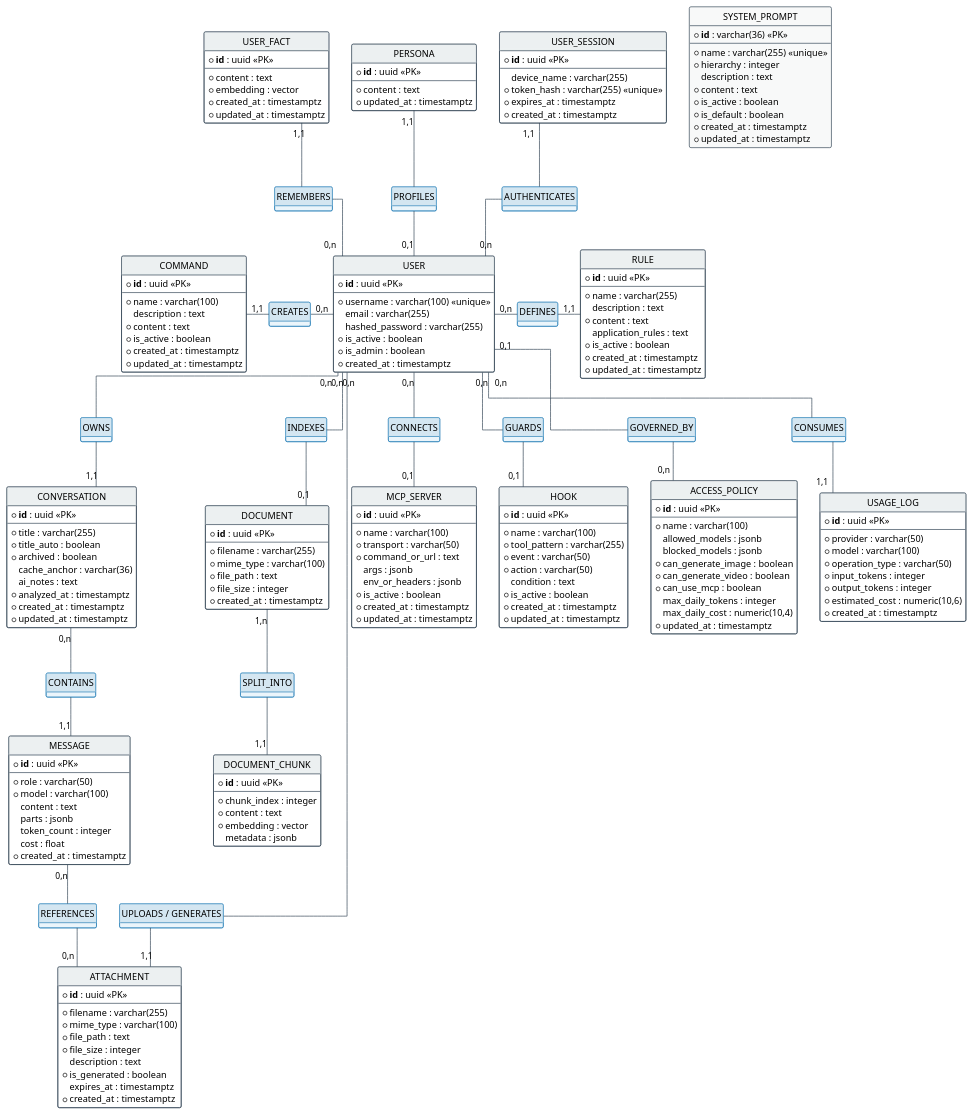
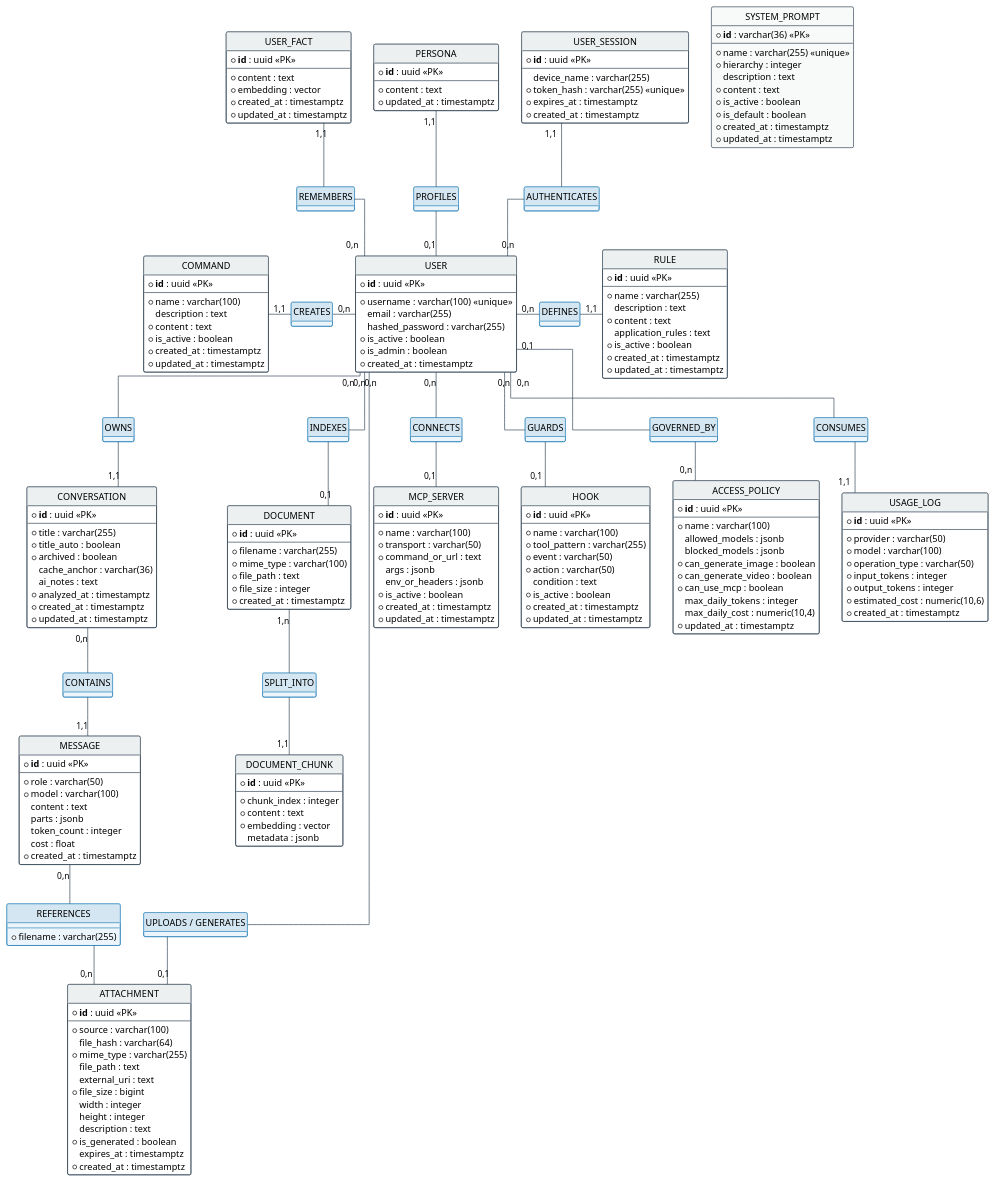
The third of 3 diagrams in README.md (Ph4nt0m1882/Ratatosk), drawn with PlantUML before and after one commit. The commit also changed 57 other files, not shown here.

```diff
--- a/README.md
+++ b/README.md
@@ -229,10 +229,14 @@
 entity "ATTACHMENT" as attach {
     * **id** : uuid <<PK>>
     --
-    * filename : varchar(255)
-    * mime_type : varchar(100)
-    * file_path : text
-    * file_size : integer
+    * source : varchar(100)
+    file_hash : varchar(64)
+    * mime_type : varchar(255)
+    file_path : text
+    external_uri : text
+    * file_size : bigint
+    width : integer
+    height : integer
     description : text
     * is_generated : boolean
     expires_at : timestamptz
@@ -347,6 +351,7 @@
 }
 
 class "REFERENCES" as rel_references <<Association>> {
+    * filename : varchar(255)
 }
 
 class "INDEXES" as rel_indexes <<Association>> {
@@ -394,7 +399,7 @@
 rel_contains -- "1,1" msg
 
 user "0,n" -- rel_uploads
-rel_uploads -- "1,1" attach
+rel_uploads -- "0,1" attach
 
 msg "0,n" -- rel_references
 rel_references -- "0,n" attach
```
